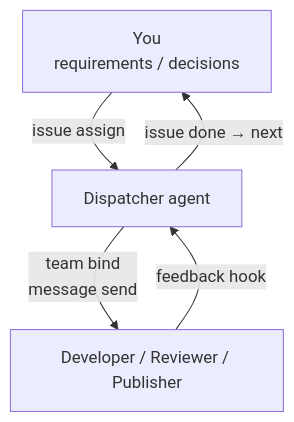
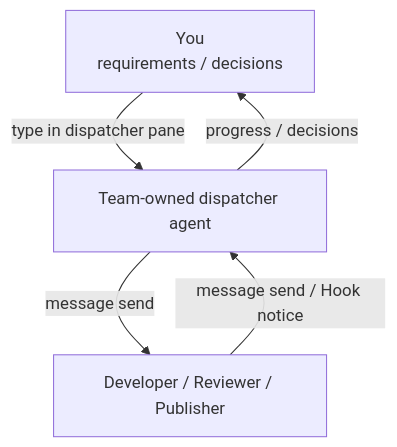
Before and after one commit to musutrade/crewmoor: the diagram in README.md, drawn with Mermaid. The commit also changed other lines of this file and 10 other files, not shown here.

First line of the commit message:
team: single team-owned dispatcher and canonical skill (#40) (#48)

````diff
--- a/README.md
+++ b/README.md
@@ -9,10 +9,10 @@
 ```mermaid
 flowchart TD
     You["You\nrequirements / decisions"]
-    D["Dispatcher agent"]
+    D["Team-owned dispatcher agent"]
     W["Developer / Reviewer / Publisher"]
-    You -->|"issue assign"| D
-    D -->|"team bind\nmessage send"| W
-    W -->|"feedback hook"| D
-    D -->|"issue done → next"| You
+    You -->|"type in dispatcher pane"| D
+    D -->|"message send"| W
+    W -->|"message send / Hook notice"| D
+    D -->|"progress / decisions"| You
 ```
````
